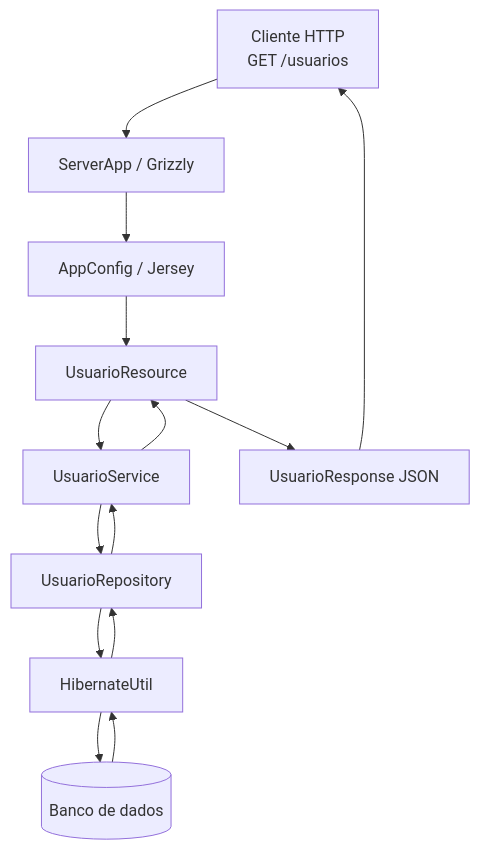
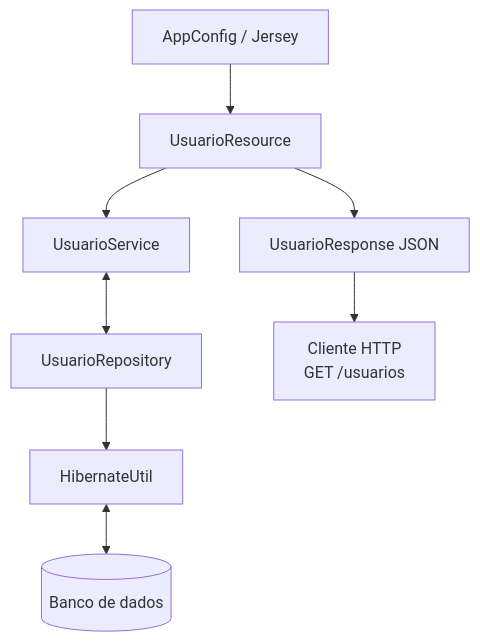
One commit to caruazu/api-bike changed the diagram in README.md. Above: the diagram before and after it, drawn with Mermaid. The commit also changed other lines of this file and 6 other files, not shown here.

````diff
--- a/README.md
+++ b/README.md
@@ -79,17 +108,9 @@
 ```mermaid
-flowchart TD
-    A[Cliente HTTP\nGET /usuarios] --> B[ServerApp / Grizzly]
-    B --> C[AppConfig / Jersey]
-    C --> D[UsuarioResource]
-    D --> E[UsuarioService]
-    E --> F[UsuarioRepository]
-    F --> G[HibernateUtil]
-    G --> H[(Banco de dados)]
-
-    H --> G
-    G --> F
-    F --> E
-    E --> D
-    D --> I[UsuarioResponse JSON]
-    I --> A
+flowchart TB
+    C["AppConfig / Jersey"] --> D["UsuarioResource"]
+    D --> E["UsuarioService"] & I["UsuarioResponse JSON"]
+    E <--> F["UsuarioRepository"]
+    F --> G["HibernateUtil"]
+    G <--> H[("Banco de dados")]
+    I --> A["Cliente HTTP\nGET /usuarios"]
 ```
````
